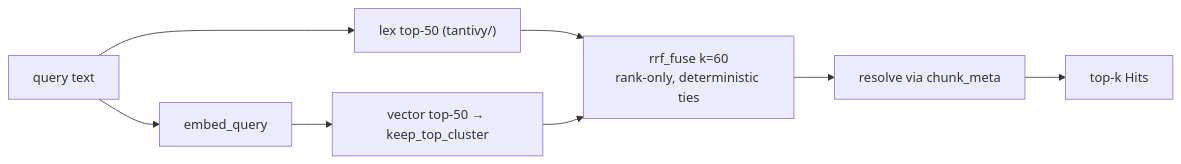
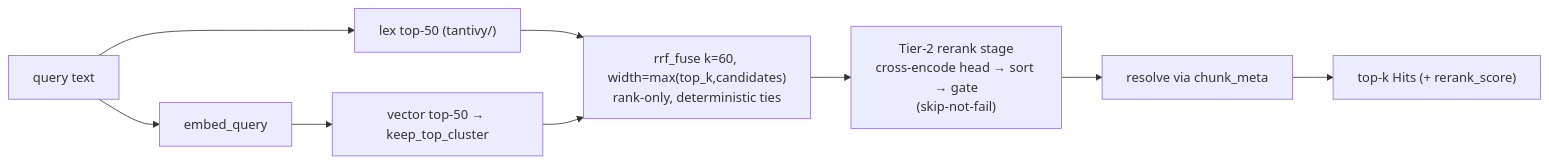
Before and after one commit to onebrain-ai/onebrain-cli: the seventh of 8 diagrams in docs/architecture/search.md, drawn with Mermaid. The commit also changed other lines of this file and 9 other files, not shown here.

````diff
--- a/docs/architecture/search.md
+++ b/docs/architecture/search.md
@@ -383,8 +429,9 @@
 ```mermaid
 flowchart LR
     Q["query text"] --> LX["lex top-50 (tantivy/)"]
     Q --> EMB["embed_query"] --> VC["vector top-50 → keep_top_cluster"]
-    LX --> F["rrf_fuse k=60<br/>rank-only, deterministic ties"]
+    LX --> F["rrf_fuse k=60, width=max(top_k,candidates)<br/>rank-only, deterministic ties"]
     VC --> F
-    F --> RES["resolve via chunk_meta"] --> H["top-k Hits"]
+    F --> RR["Tier-2 rerank stage<br/>cross-encode head → sort → gate<br/>(skip-not-fail)"]
+    RR --> RES["resolve via chunk_meta"] --> H["top-k Hits (+ rerank_score)"]
 ```
````
